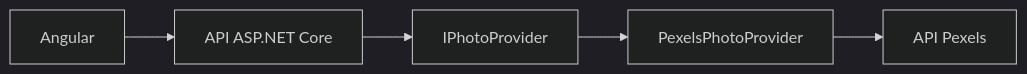
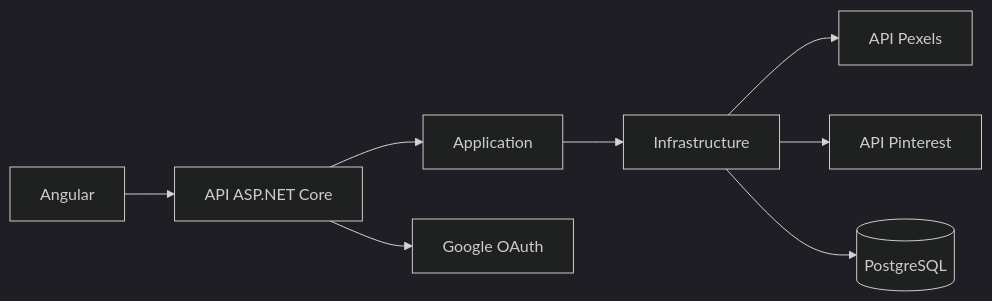
One commit to Paulbertelli/ReferenceDessin changed the diagram in README.md. Above: the diagram before and after it, drawn with Mermaid (dark theme). The commit also changed other lines of this file and 1 other file, not shown here.

````diff
--- a/README.md
+++ b/README.md
@@ -44,7 +29,10 @@
 ```mermaid
 flowchart LR
-    A["Angular"] --> B["API ASP.NET Core"]
-    B --> C["IPhotoProvider"]
-    C --> D["PexelsPhotoProvider"]
-    D --> E["API Pexels"]
+    A[Angular] --> B[API ASP.NET Core]
+    B --> C[Application]
+    C --> D[Infrastructure]
+    D --> E[API Pexels]
+    D --> F[API Pinterest]
+    D --> G[(PostgreSQL)]
+    B --> H[Google OAuth]
 ```
````
